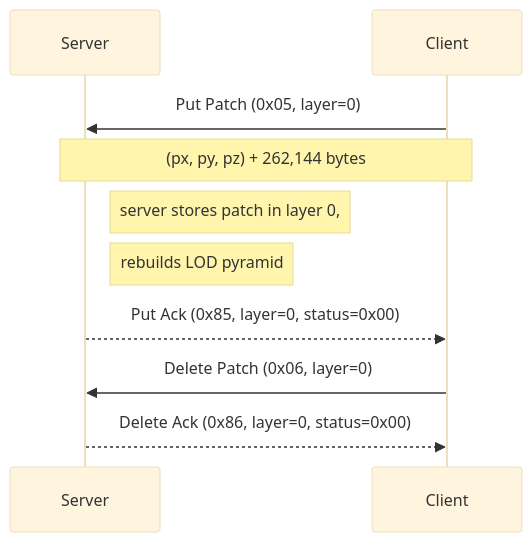
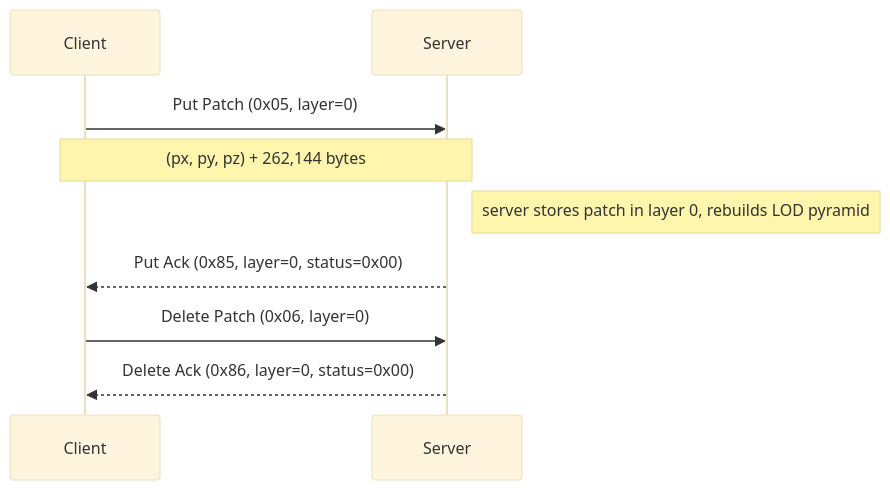
One commit to mlaass/selvox changed the second of 2 diagrams in docs/Protocol_Voxel_WebSocket.md. Above: the diagram before and after it, drawn with Mermaid (base theme). The commit also changed other lines of this file, not shown here.

````diff
--- a/docs/Protocol_Voxel_WebSocket.md
+++ b/docs/Protocol_Voxel_WebSocket.md
@@ -130,14 +121,13 @@
 ```mermaid
 sequenceDiagram
+  participant Client
   participant Server
-  participant Client
 
   Client->>Server: Put Patch (0x05, layer=0)
   Note over Client,Server: (px, py, pz) + 262,144 bytes
-  Note right of Server: server stores patch in layer 0,
-  Note right of Server: rebuilds LOD pyramid
+  Note right of Server: server stores patch in layer 0, rebuilds LOD pyramid
   Server-->>Client: Put Ack (0x85, layer=0, status=0x00)
 
   Client->>Server: Delete Patch (0x06, layer=0)
   Server-->>Client: Delete Ack (0x86, layer=0, status=0x00)
 ```
````
